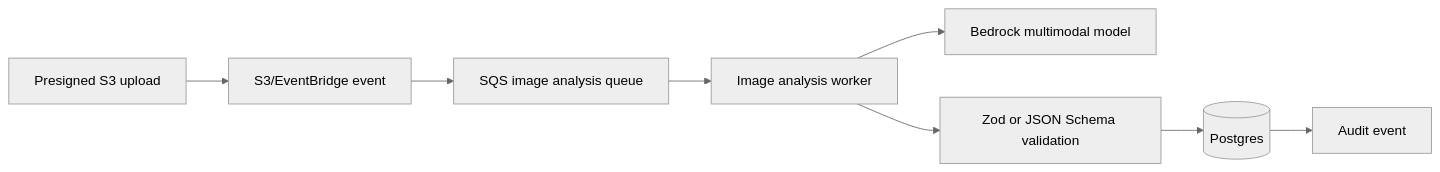
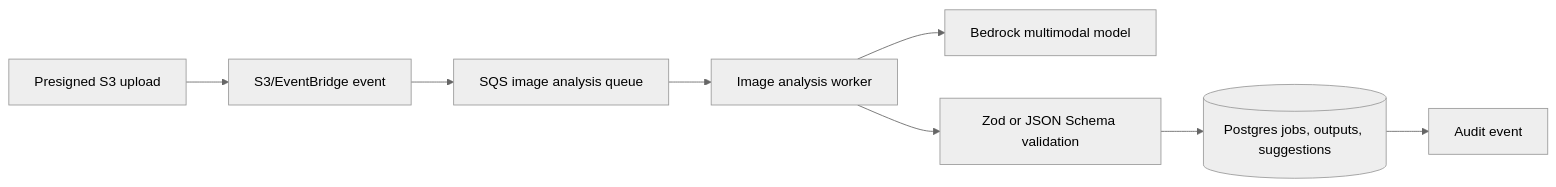
The diagram in docs/image-processing.md (manynames3/inspectiq), drawn with Mermaid (neutral theme) before and after one commit. The commit also changed other lines of this file and 36 other files, not shown here.

````diff
--- a/docs/image-processing.md
+++ b/docs/image-processing.md
@@ -15,10 +16,10 @@
 ```mermaid
 flowchart LR
   Upload[Presigned S3 upload] --> Event[S3/EventBridge event]
   Event --> Queue[SQS image analysis queue]
   Queue --> Worker[Image analysis worker]
   Worker --> Bedrock[Bedrock multimodal model]
   Worker --> Validate[Zod or JSON Schema validation]
-  Validate --> DB[(Postgres)]
+  Validate --> DB[(Postgres jobs, outputs, suggestions)]
   DB --> Audit[Audit event]
 ```
````
